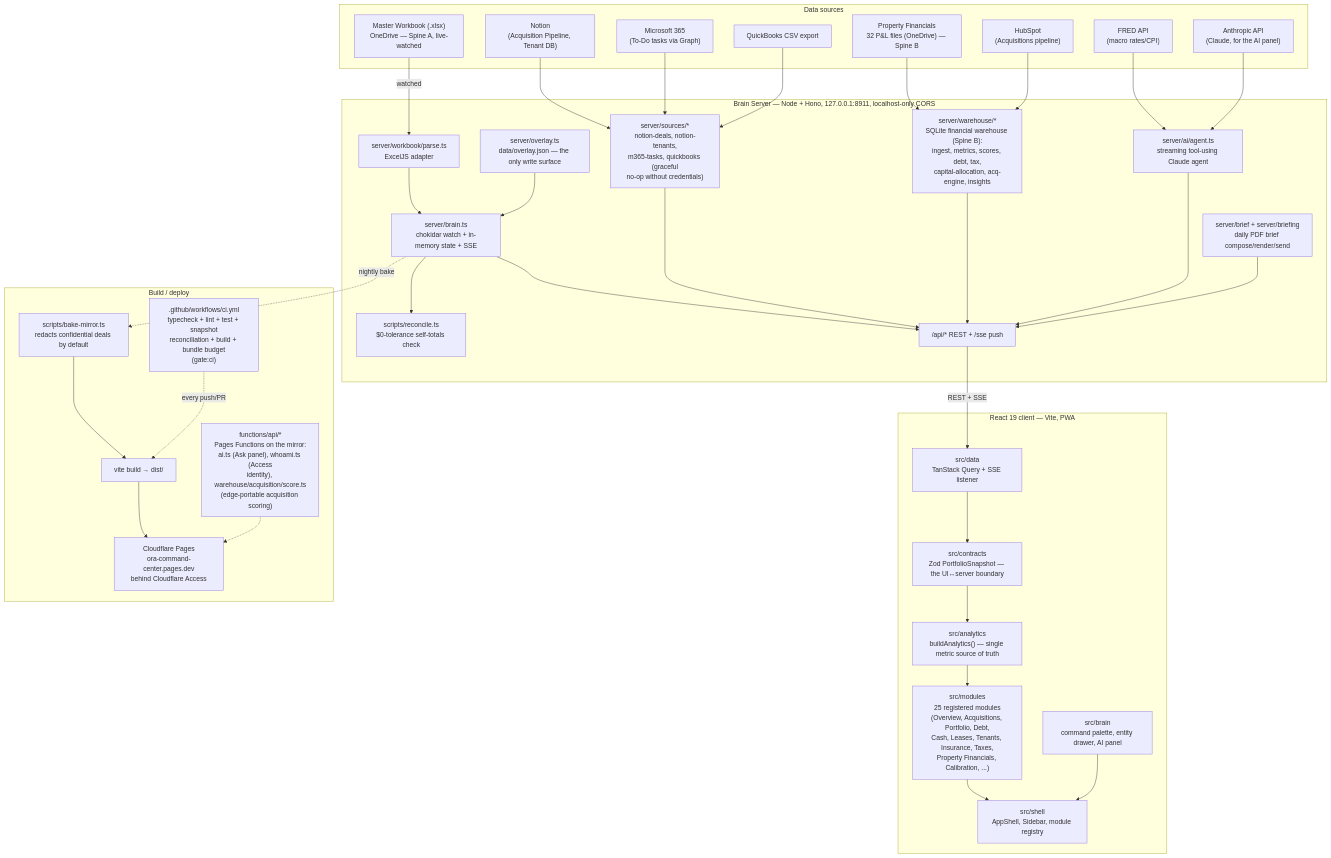
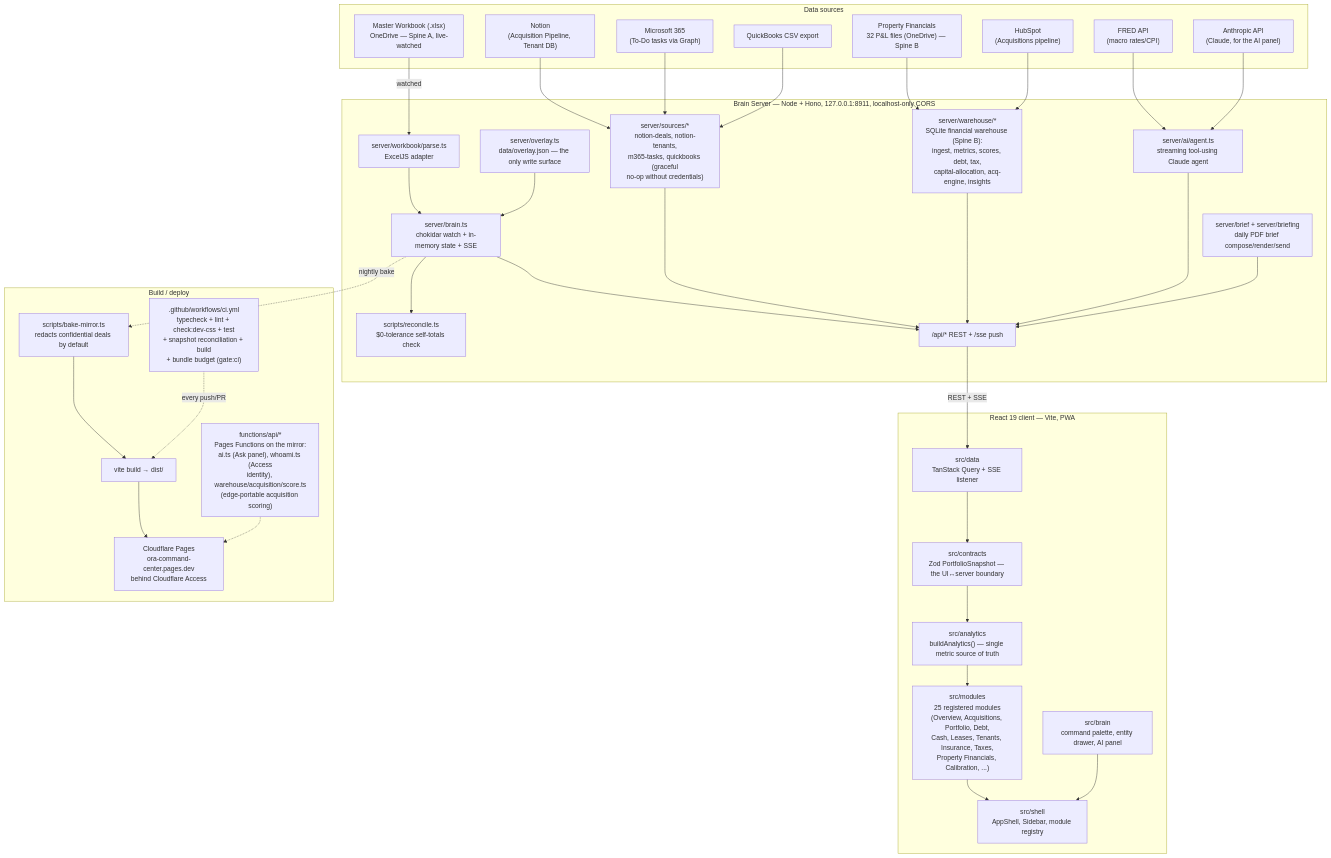
Before and after one commit to ZeOoba/oxford-command-center: the diagram in README.md, drawn with Mermaid.

Commit message:
docs: add missing check:dev-css step to CI node label
package.json:49's gate:ci order is typecheck -> lint -> check:dev-css ->
test -> reconcile:snapshot -> build -> check:bundle. The diagram node
picked up snapshot-reconciliation and bundle-budget in PR #253 but still
omitted check:dev-css, caught by that PR's own independent review.

````diff
--- a/README.md
+++ b/README.md
@@ -17,66 +17,66 @@
 ```mermaid
 flowchart TB
     subgraph sources["Data sources"]
         WB["Master Workbook (.xlsx)\nOneDrive — Spine A, live-watched"]
         PF["Property Financials\n32 P&L files (OneDrive) — Spine B"]
         NOTION["Notion\n(Acquisition Pipeline, Tenant DB)"]
         HUBSPOT["HubSpot\n(Acquisitions pipeline)"]
         M365["Microsoft 365\n(To-Do tasks via Graph)"]
         QB["QuickBooks CSV export"]
         FRED["FRED API\n(macro rates/CPI)"]
         CLAUDE["Anthropic API\n(Claude, for the AI panel)"]
     end
 
     subgraph server["Brain Server — Node + Hono, 127.0.0.1:8911, localhost-only CORS"]
         PARSE["server/workbook/parse.ts\nExcelJS adapter"]
         WATCH["server/brain.ts\nchokidar watch + in-memory state + SSE"]
         OVERLAY["server/overlay.ts\ndata/overlay.json — the only write surface"]
         RECON["scripts/reconcile.ts\n$0-tolerance self-totals check"]
         WH["server/warehouse/*\nSQLite financial warehouse (Spine B):\ningest, metrics, scores, debt, tax,\ncapital-allocation, acq-engine, insights"]
         AI["server/ai/agent.ts\nstreaming tool-using Claude agent"]
         SRC["server/sources/*\nnotion-deals, notion-tenants,\nm365-tasks, quickbooks (graceful\nno-op without credentials)"]
         BRIEF["server/brief + server/briefing\ndaily PDF brief compose/render/send"]
         API["/api/* REST + /sse push"]
     end
 
     subgraph client["React 19 client — Vite, PWA"]
         CONTRACTS["src/contracts\nZod PortfolioSnapshot — the UI↔server boundary"]
         DATA["src/data\nTanStack Query + SSE listener"]
         ANALYTICS["src/analytics\nbuildAnalytics() — single metric source of truth"]
         MODULES["src/modules\n25 registered modules\n(Overview, Acquisitions, Portfolio, Debt,\nCash, Leases, Tenants, Insurance, Taxes,\nProperty Financials, Calibration, ...)"]
         BRAIN["src/brain\ncommand palette, entity drawer, AI panel"]
         SHELL["src/shell\nAppShell, Sidebar, module registry"]
     end
 
     subgraph deploy["Build / deploy"]
         BAKE["scripts/bake-mirror.ts\nredacts confidential deals by default"]
         BUILD["vite build → dist/"]
         PAGES["Cloudflare Pages\nora-command-center.pages.dev\nbehind Cloudflare Access"]
         FUNC["functions/api/*\nPages Functions on the mirror:\nai.ts (Ask panel), whoami.ts (Access\nidentity), warehouse/acquisition/score.ts\n(edge-portable acquisition scoring)"]
-        CI[".github/workflows/ci.yml\ntypecheck + lint + test + snapshot\nreconciliation + build + bundle budget\n(gate:ci)"]
+        CI[".github/workflows/ci.yml\ntypecheck + lint + check:dev-css + test\n+ snapshot reconciliation + build\n+ bundle budget (gate:ci)"]
     end
 
     WB -- watched --> PARSE --> WATCH
     PF --> WH
     NOTION --> SRC
     HUBSPOT --> WH
     M365 --> SRC
     QB --> SRC
     FRED --> AI
     CLAUDE --> AI
     WATCH --> RECON
     WATCH --> API
     SRC --> API
     WH --> API
     AI --> API
     BRIEF --> API
     OVERLAY --> WATCH
     API -- REST + SSE --> DATA
     DATA --> CONTRACTS --> ANALYTICS --> MODULES
     MODULES --> SHELL
     BRAIN --> SHELL
 
     WATCH -. nightly bake .-> BAKE --> BUILD --> PAGES
     FUNC -.-> PAGES
     CI -. every push/PR .-> BUILD
 ```
````
